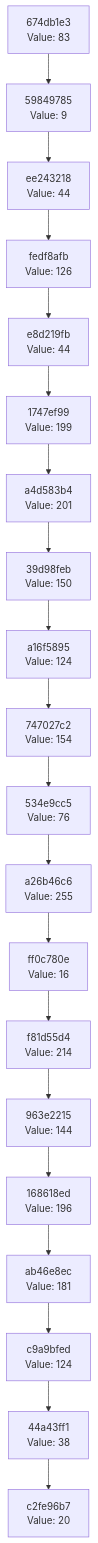
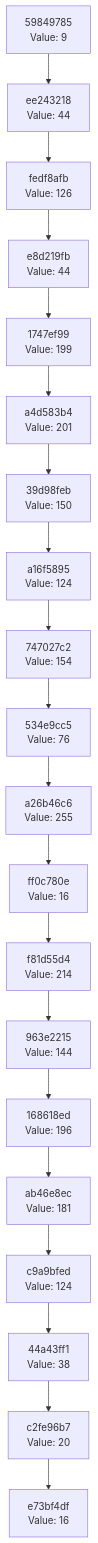
One commit to Abhisheksinha1506/hash-chain-evolver changed the diagram in docs/CHAIN_VISUALIZATION.md. Above: the diagram before and after it, drawn with Mermaid. The commit also changed 3 other files, not shown here.

````diff
--- a/docs/CHAIN_VISUALIZATION.md
+++ b/docs/CHAIN_VISUALIZATION.md
@@ -3,42 +3,42 @@
 ```mermaid
 graph TD
-    C0["c2fe96b7<br/>Value: 20"]
-    C1["44a43ff1<br/>Value: 38"]
+    C0["e73bf4df<br/>Value: 16"]
+    C1["c2fe96b7<br/>Value: 20"]
     C1 --> C0
-    C2["c9a9bfed<br/>Value: 124"]
+    C2["44a43ff1<br/>Value: 38"]
     C2 --> C1
-    C3["ab46e8ec<br/>Value: 181"]
+    C3["c9a9bfed<br/>Value: 124"]
     C3 --> C2
-    C4["168618ed<br/>Value: 196"]
+    C4["ab46e8ec<br/>Value: 181"]
     C4 --> C3
-    C5["963e2215<br/>Value: 144"]
+    C5["168618ed<br/>Value: 196"]
     C5 --> C4
-    C6["f81d55d4<br/>Value: 214"]
+    C6["963e2215<br/>Value: 144"]
     C6 --> C5
-    C7["ff0c780e<br/>Value: 16"]
+    C7["f81d55d4<br/>Value: 214"]
     C7 --> C6
-    C8["a26b46c6<br/>Value: 255"]
+    C8["ff0c780e<br/>Value: 16"]
     C8 --> C7
-    C9["534e9cc5<br/>Value: 76"]
+    C9["a26b46c6<br/>Value: 255"]
     C9 --> C8
-    C10["747027c2<br/>Value: 154"]
+    C10["534e9cc5<br/>Value: 76"]
     C10 --> C9
-    C11["a16f5895<br/>Value: 124"]
+    C11["747027c2<br/>Value: 154"]
     C11 --> C10
-    C12["39d98feb<br/>Value: 150"]
+    C12["a16f5895<br/>Value: 124"]
     C12 --> C11
-    C13["a4d583b4<br/>Value: 201"]
+    C13["39d98feb<br/>Value: 150"]
     C13 --> C12
-    C14["1747ef99<br/>Value: 199"]
+    C14["a4d583b4<br/>Value: 201"]
     C14 --> C13
-    C15["e8d219fb<br/>Value: 44"]
+    C15["1747ef99<br/>Value: 199"]
     C15 --> C14
-    C16["fedf8afb<br/>Value: 126"]
+    C16["e8d219fb<br/>Value: 44"]
     C16 --> C15
-    C17["ee243218<br/>Value: 44"]
+    C17["fedf8afb<br/>Value: 126"]
     C17 --> C16
-    C18["59849785<br/>Value: 9"]
+    C18["ee243218<br/>Value: 44"]
     C18 --> C17
-    C19["674db1e3<br/>Value: 83"]
+    C19["59849785<br/>Value: 9"]
     C19 --> C18
 ```
````
